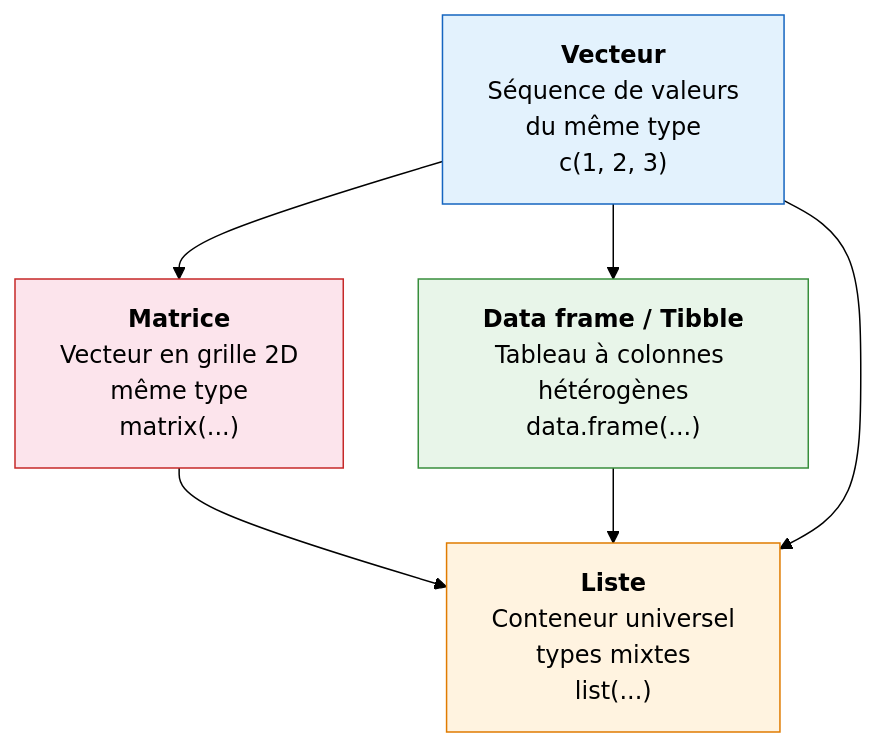
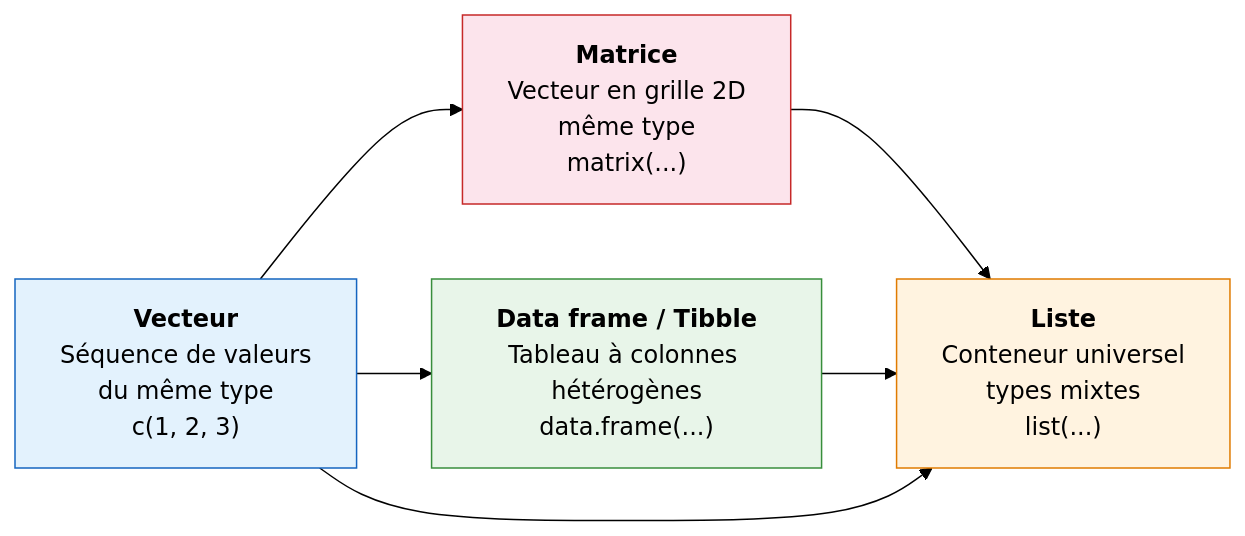
One commit to joellahy/cours-R changed the first of 4 diagrams in presentation/intro_R.qmd. Above: the diagram before and after it, drawn with Mermaid (forest theme). The commit also changed other lines of this file, not shown here.

First line of the commit message:
Fix plan du cours, variable name, cover image, Mermaid orientation

````diff
--- a/presentation/intro_R.qmd
+++ b/presentation/intro_R.qmd
@@ -459,19 +460,19 @@
 ```{mermaid}
 %%| echo: false
-flowchart TD
+flowchart LR
     V["<b>Vecteur</b><br/>Séquence de valeurs<br/>du même type<br/>c(1, 2, 3)"]
     M["<b>Matrice</b><br/>Vecteur en grille 2D<br/>même type<br/>matrix(...)"]
     D["<b>Data frame / Tibble</b><br/>Tableau à colonnes hétérogènes<br/>data.frame(...)"]
     L["<b>Liste</b><br/>Conteneur universel<br/>types mixtes<br/>list(...)"]
 
     V --> M
     V --> D
     M --> L
     D --> L
     V --> L
 
     style V fill:#e3f2fd,stroke:#1565c0,color:#000
     style M fill:#fce4ec,stroke:#c62828,color:#000
     style D fill:#e8f5e9,stroke:#388e3c,color:#000
     style L fill:#fff3e0,stroke:#e07b00,color:#000
 ```
````
